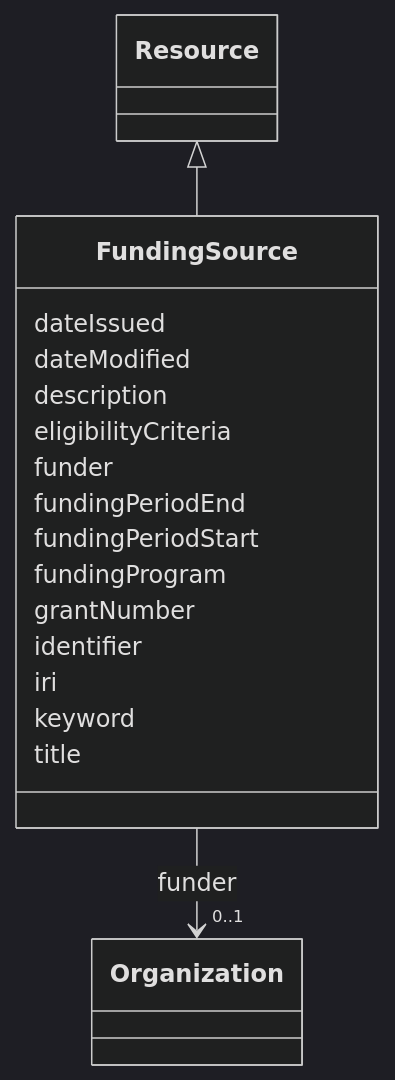
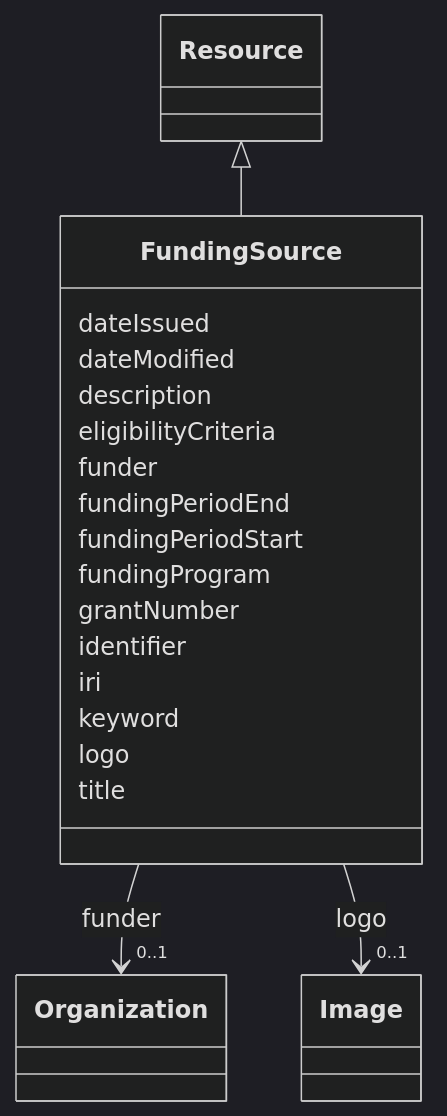
Before and after one commit to EVORA-project/evora-ontology: the diagram in models/docs/FundingSource.md, drawn with Mermaid (dark theme). The commit also changed other lines of this file and 222 other files, not shown here.

````diff
--- a/models/docs/FundingSource.md
+++ b/models/docs/FundingSource.md
@@ -19,42 +19,51 @@
 ```mermaid
  classDiagram
     class FundingSource
     click FundingSource href "../FundingSource"
       Resource <|-- FundingSource
         click Resource href "../Resource"
       
       FundingSource : dateIssued
         
       FundingSource : dateModified
         
       FundingSource : description
         
       FundingSource : eligibilityCriteria
         
       FundingSource : funder
         
           
     
     
     FundingSource --> "0..1" Organization : funder
     click Organization href "../Organization"
 
         
       FundingSource : fundingPeriodEnd
         
       FundingSource : fundingPeriodStart
         
       FundingSource : fundingProgram
         
       FundingSource : grantNumber
         
       FundingSource : identifier
         
       FundingSource : iri
         
       FundingSource : keyword
         
+      FundingSource : logo
+        
+          
+    
+    
+    FundingSource --> "0..1" Image : logo
+    click Image href "../Image"
+
+        
       FundingSource : title
         
       
 ```
````
